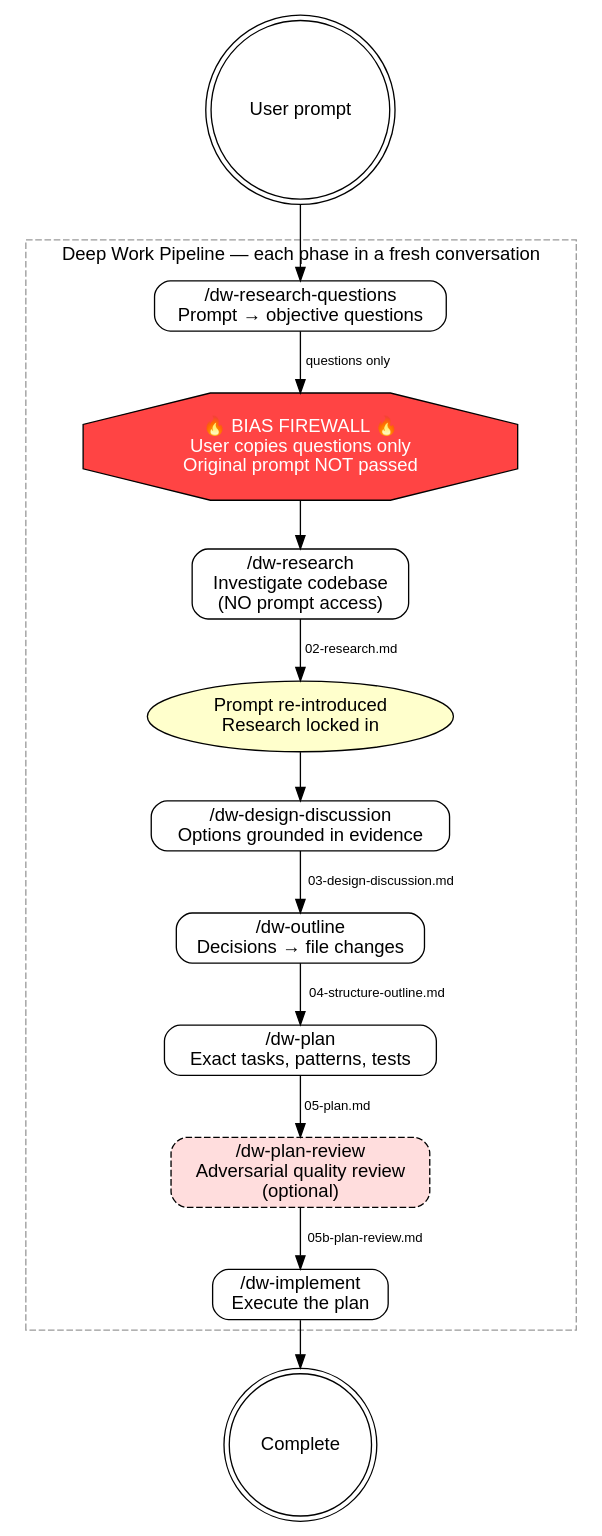
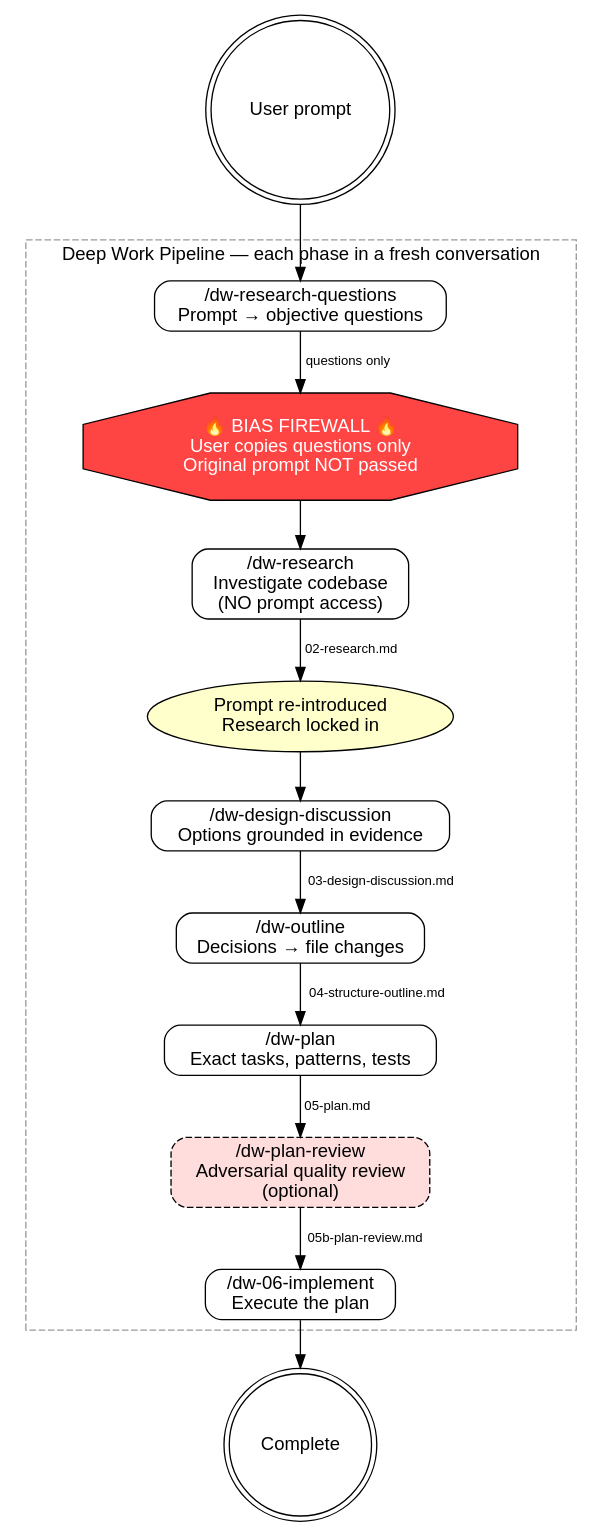
The diagram in .claude/skills/deep-work/SKILL.md (ronsanzone/claude-essentials), drawn with Graphviz before and after one commit. The commit also changed other lines of this file and 17 other files, not shown here.

````diff
--- a/.claude/skills/deep-work/SKILL.md
+++ b/.claude/skills/deep-work/SKILL.md
@@ -15,41 +16,41 @@
 ```dot
 digraph deep_work {
     rankdir=TB;
     node [shape=box, style=rounded, fontname="Helvetica"];
     edge [fontname="Helvetica", fontsize=10];
 
     subgraph cluster_pipeline {
         label="Deep Work Pipeline — each phase in a fresh conversation";
         style=dashed;
         color=gray60;
         fontname="Helvetica";
 
         p1 [label="/dw-research-questions\nPrompt → objective questions"];
         firewall [label="🔥 BIAS FIREWALL 🔥\nUser copies questions only\nOriginal prompt NOT passed"
                   shape=octagon style=filled fillcolor="#ff4444" fontcolor=white];
         p2 [label="/dw-research\nInvestigate codebase\n(NO prompt access)"];
         reintro [label="Prompt re-introduced\nResearch locked in"
                  shape=ellipse style=filled fillcolor="#ffffcc"];
         p3 [label="/dw-design-discussion\nOptions grounded in evidence"];
         p4 [label="/dw-outline\nDecisions → file changes"];
         p5 [label="/dw-plan\nExact tasks, patterns, tests"];
         p5b [label="/dw-plan-review\nAdversarial quality review\n(optional)"
              style="filled,rounded,dashed" fillcolor="#ffdddd"];
-        p6 [label="/dw-implement\nExecute the plan"];
+        p6 [label="/dw-06-implement\nExecute the plan"];
     }
 
     start [label="User prompt" shape=doublecircle];
     done [label="Complete" shape=doublecircle];
 
     start -> p1;
     p1 -> firewall [label="questions only"];
     firewall -> p2;
     p2 -> reintro [label="02-research.md"];
     reintro -> p3;
     p3 -> p4 [label="03-design-discussion.md"];
     p4 -> p5 [label="04-structure-outline.md"];
     p5 -> p5b [label="05-plan.md"];
     p5b -> p6 [label="05b-plan-review.md"];
     p6 -> done;
 }
 ```
````
